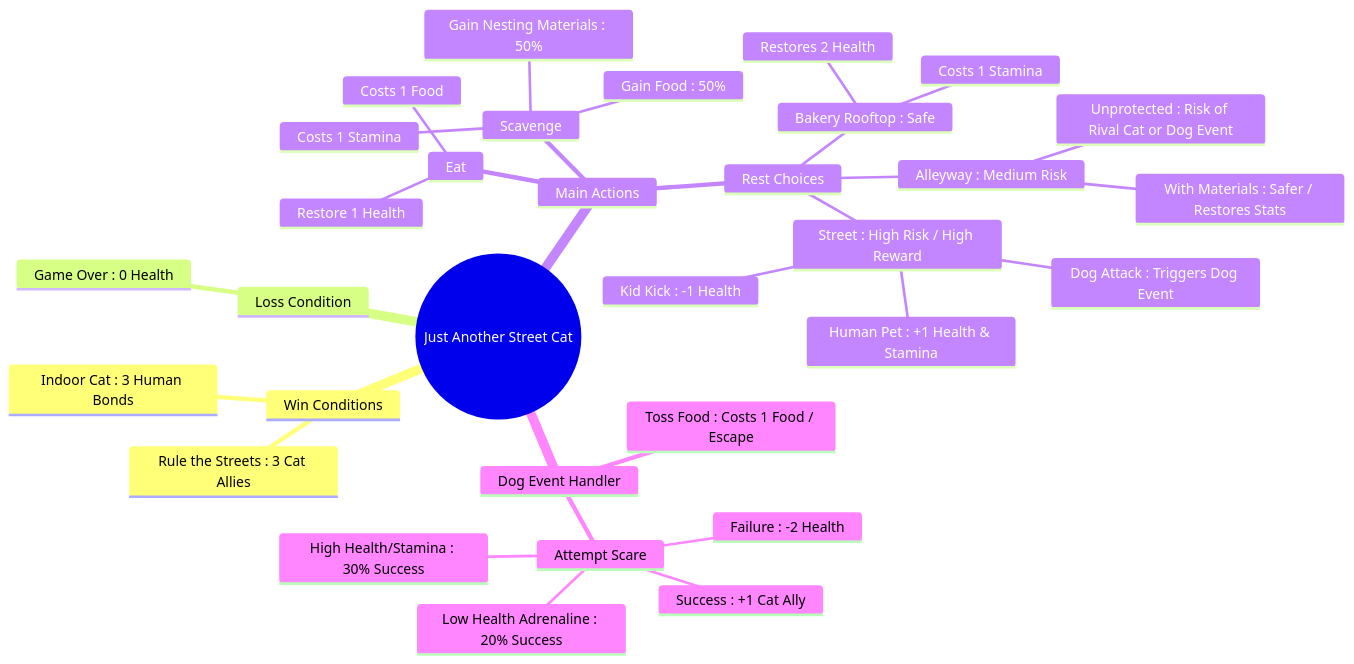
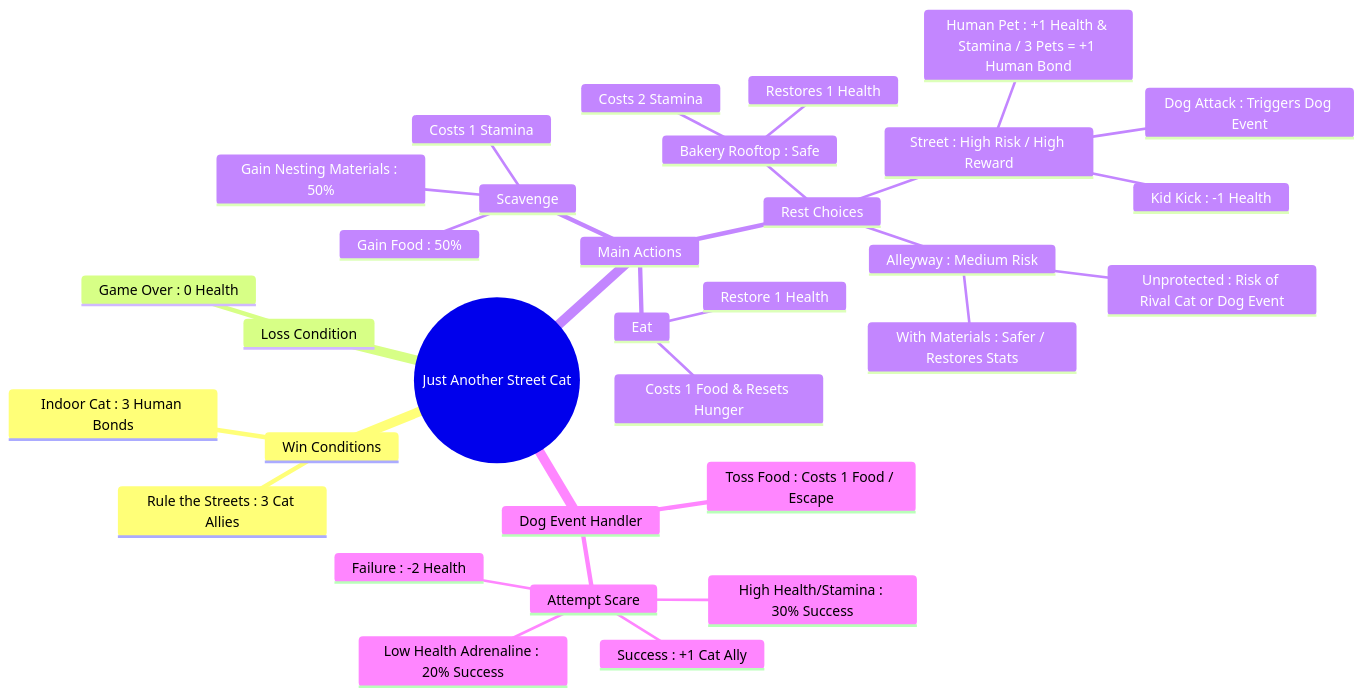
The diagram in README.md (shamful/Just-Another-Stray-Cat), drawn with Mermaid before and after one commit. The commit also changed 1 other file, not shown here.

Commit message:
fix: resolve turn tracking edge cases and align README documentation
- Reset turnsSinceEaten to 0 when player manually eats
- Call advanceTurn() when escaping or scaring off dogs
- Update README mermaid chart to reflect 2 Stamina / 1 Health rooftop costs

````diff
--- a/README.md
+++ b/README.md
@@ -7,35 +7,35 @@
 ```mermaid
 mindmap
   root((Just Another Street Cat))
     Win Conditions
       Rule the Streets : 3 Cat Allies
       Indoor Cat : 3 Human Bonds
     Loss Condition
       Game Over : 0 Health
     Main Actions
       Scavenge
         Gain Food : 50%
         Gain Nesting Materials : 50%
         Costs 1 Stamina
       Eat
         Restore 1 Health
-        Costs 1 Food
+        Costs 1 Food & Resets Hunger
       Rest Choices
         Street : High Risk / High Reward
-          Human Pet : +1 Health & Stamina
+          Human Pet : +1 Health & Stamina / 3 Pets = +1 Human Bond
           Kid Kick : -1 Health
           Dog Attack : Triggers Dog Event
         Alleyway : Medium Risk
           With Materials : Safer / Restores Stats
           Unprotected : Risk of Rival Cat or Dog Event
         Bakery Rooftop : Safe
-          Costs 1 Stamina
-          Restores 2 Health
+          Costs 2 Stamina
+          Restores 1 Health
     Dog Event Handler
       Toss Food : Costs 1 Food / Escape
       Attempt Scare
         Low Health Adrenaline : 20% Success
         High Health/Stamina : 30% Success
         Success : +1 Cat Ally
         Failure : -2 Health
 ```
````
